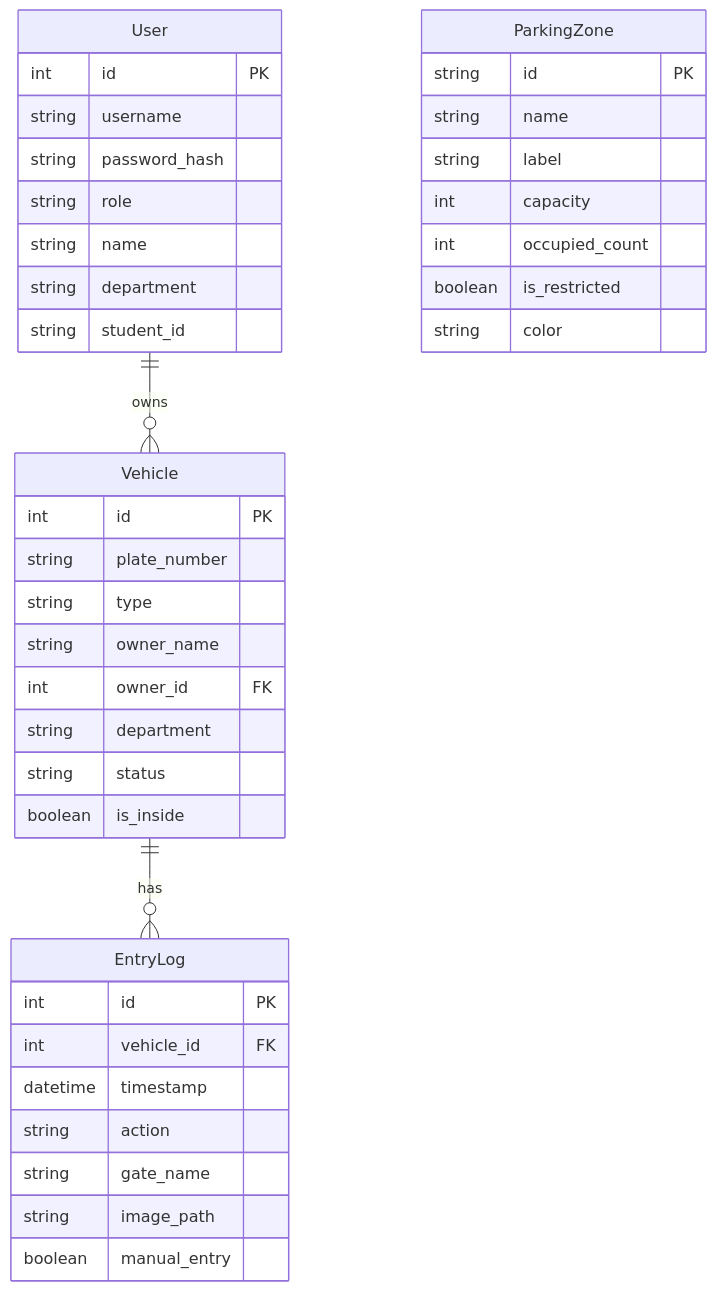
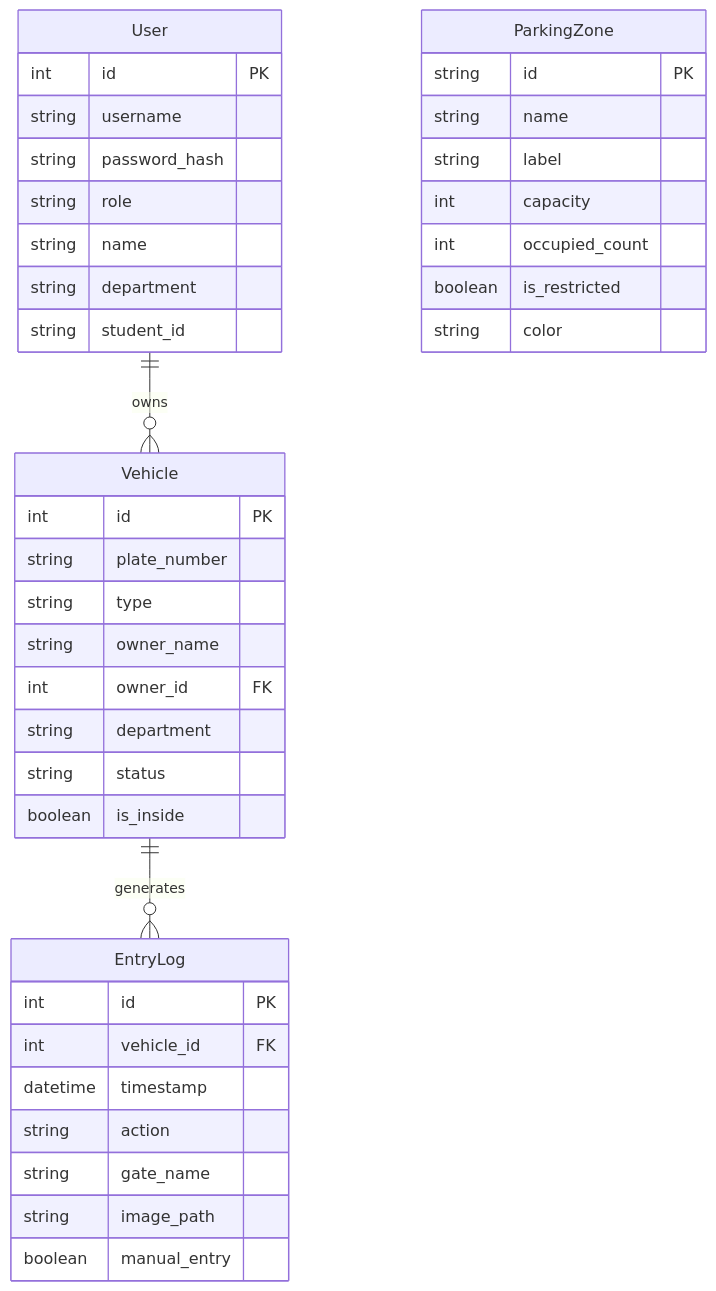
One commit to reignofoptimus/AccessGrid changed the third of 3 diagrams in README.md. Above: the diagram before and after it, drawn with Mermaid. The commit also changed other lines of this file and 5 other files, not shown here.

Commit message:
docs: redesign README with live demo gif, institutional layout, architecture diagrams, and real UI walkthrough

````diff
--- a/README.md
+++ b/README.md
@@ -236,46 +244,46 @@
 ```mermaid
 erDiagram
     User ||--o{ Vehicle : owns
-    Vehicle ||--o{ EntryLog : has
+    Vehicle ||--o{ EntryLog : generates
 
     User {
         int id PK
         string username
         string password_hash
         string role
         string name
         string department
         string student_id
     }
 
     Vehicle {
         int id PK
         string plate_number
         string type
         string owner_name
         int owner_id FK
         string department
         string status
         boolean is_inside
     }
 
     ParkingZone {
         string id PK
         string name
         string label
         int capacity
         int occupied_count
         boolean is_restricted
         string color
     }
 
     EntryLog {
         int id PK
         int vehicle_id FK
         datetime timestamp
         string action
         string gate_name
         string image_path
         boolean manual_entry
     }
 ```
````
